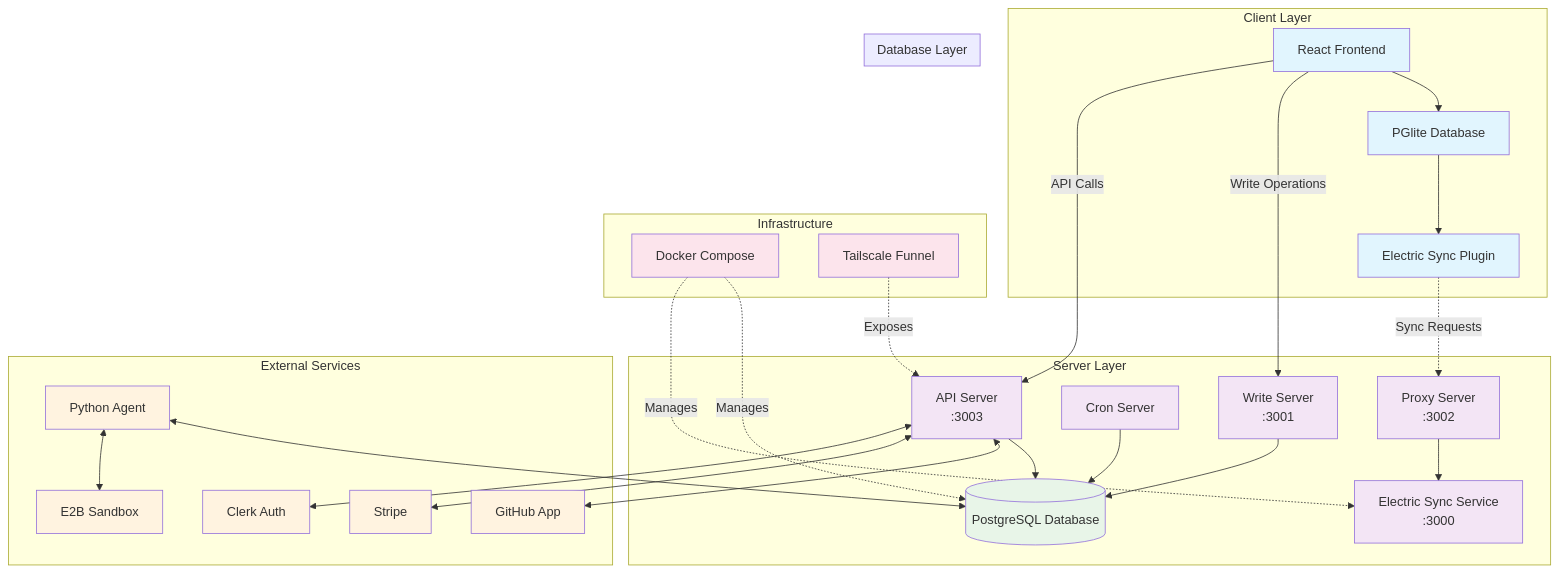
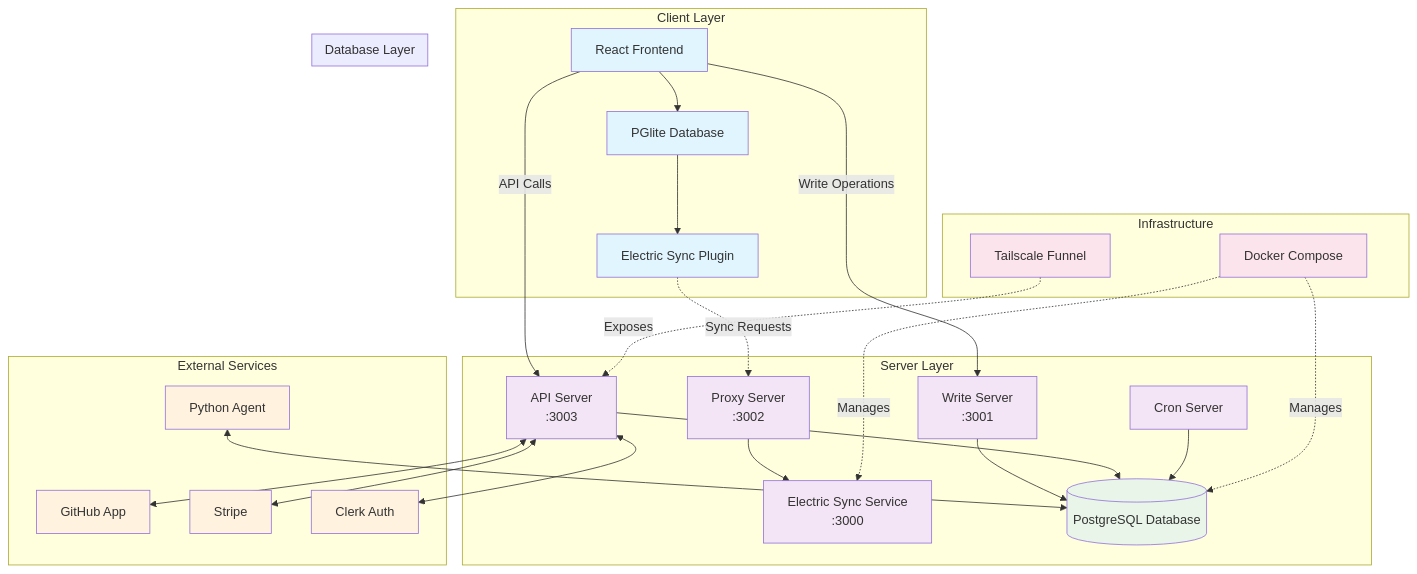
One commit to anantjain-xyz/wallie changed the first of 4 diagrams in ARCHITECTURE.md. Above: the diagram before and after it, drawn with Mermaid. The commit also changed other lines of this file and 2 other files, not shown here.

````diff
--- a/ARCHITECTURE.md
+++ b/ARCHITECTURE.md
@@ -8,71 +8,69 @@
 ```mermaid
 graph TB
     subgraph "Client Layer"
         FE[React Frontend]
         PG[PGlite Database]
         EP[Electric Sync Plugin]
         
         FE --> PG
         PG --> EP
     end
     
     subgraph "Server Layer"
         PS[Proxy Server<br/>:3002]
         WS[Write Server<br/>:3001]
         AS[API Server<br/>:3003]
         CS[Cron Server]
         ES[Electric Sync Service<br/>:3000]
         
         PS --> ES
         WS --> DB
         AS --> DB
         CS --> DB
     end
     
     subgraph "Database Layer"
         DB[(PostgreSQL Database)]
     end
     
     subgraph "External Services"
         GA[GitHub App]
         ST[Stripe]
         CL[Clerk Auth]
         AG[Python Agent]
-        E2B[E2B Sandbox]
     end
     
     subgraph "Infrastructure"
         DC[Docker Compose]
         TS[Tailscale Funnel]
     end
     
     %% Client to Server connections
     EP -.->|Sync Requests| PS
     FE -->|Write Operations| WS
     FE -->|API Calls| AS
     
     %% External integrations
     AS <--> GA
     AS <--> ST
     AS <--> CL
     AG <--> DB
-    AG <--> E2B
     
     %% Infrastructure
     DC -.->|Manages| DB
     DC -.->|Manages| ES
     TS -.->|Exposes| AS
     
     %% Styling
     classDef clientLayer fill:#e1f5fe
     classDef serverLayer fill:#f3e5f5
     classDef databaseLayer fill:#e8f5e8
     classDef externalLayer fill:#fff3e0
     classDef infraLayer fill:#fce4ec
     
     class FE,PG,EP clientLayer
     class PS,WS,AS,CS,ES serverLayer
     class DB databaseLayer
-    class GA,ST,CL,AG,E2B externalLayer
+    class GA,ST,CL,AG externalLayer
     class DC,TS infraLayer
 ```
````
